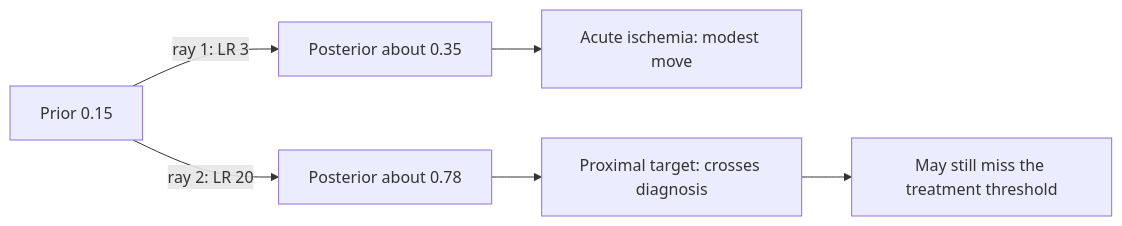
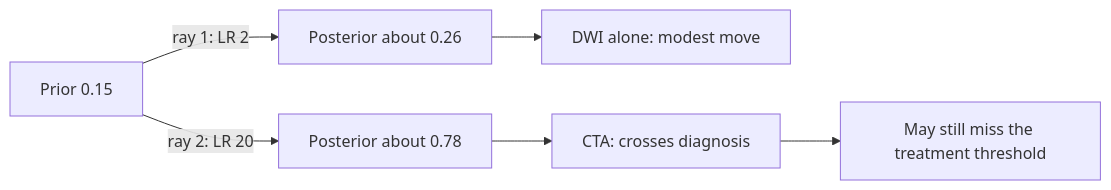
The second of 4 diagrams in docs/curriculum/03-bayes-theorem.md (rkalani1/Bayesian-Reasoning), drawn with Mermaid before and after one commit. The commit also changed other lines of this file and 31 other files, not shown here.

````diff
--- a/docs/curriculum/03-bayes-theorem.md
+++ b/docs/curriculum/03-bayes-theorem.md
@@ -108,8 +108,8 @@
 ```mermaid
 flowchart LR
-  Prior[Prior 0.15] -->|ray 1: LR 3| R1[Posterior about 0.35]
+  Prior[Prior 0.15] -->|ray 1: LR 2| R1[Posterior about 0.26]
   Prior -->|ray 2: LR 20| R2[Posterior about 0.78]
-  R1 --> Q1[Acute ischemia: modest move]
-  R2 --> Q2[Proximal target: crosses diagnosis]
+  R1 --> Q1[DWI alone: modest move]
+  R2 --> Q2[CTA: crosses diagnosis]
   Q2 --> Q3[May still miss the treatment threshold]
 ```
````
